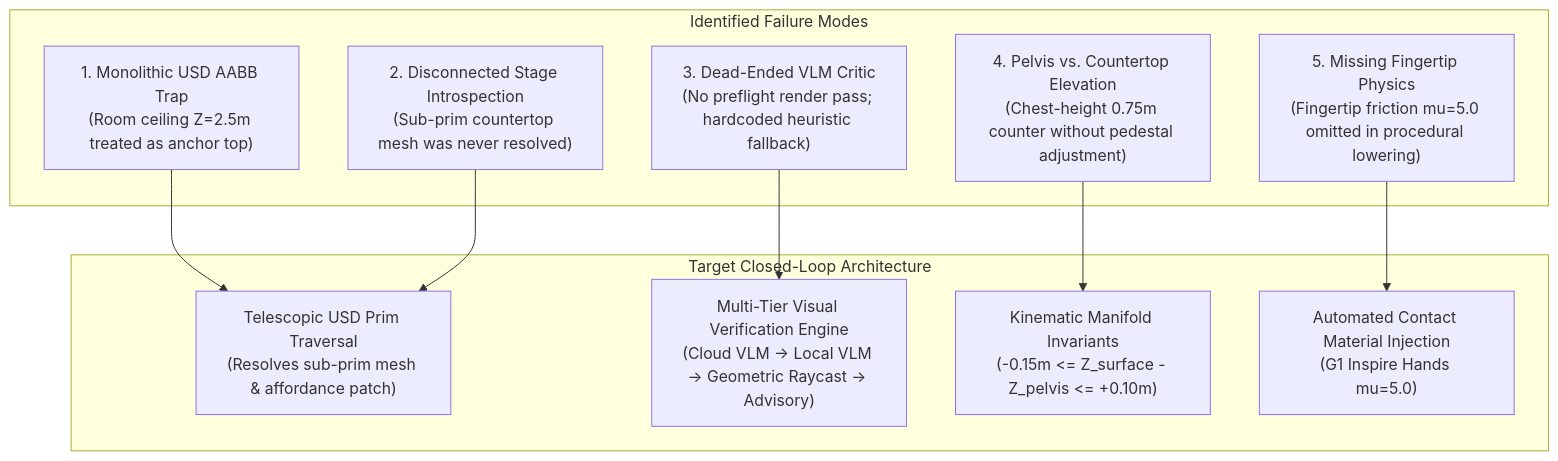
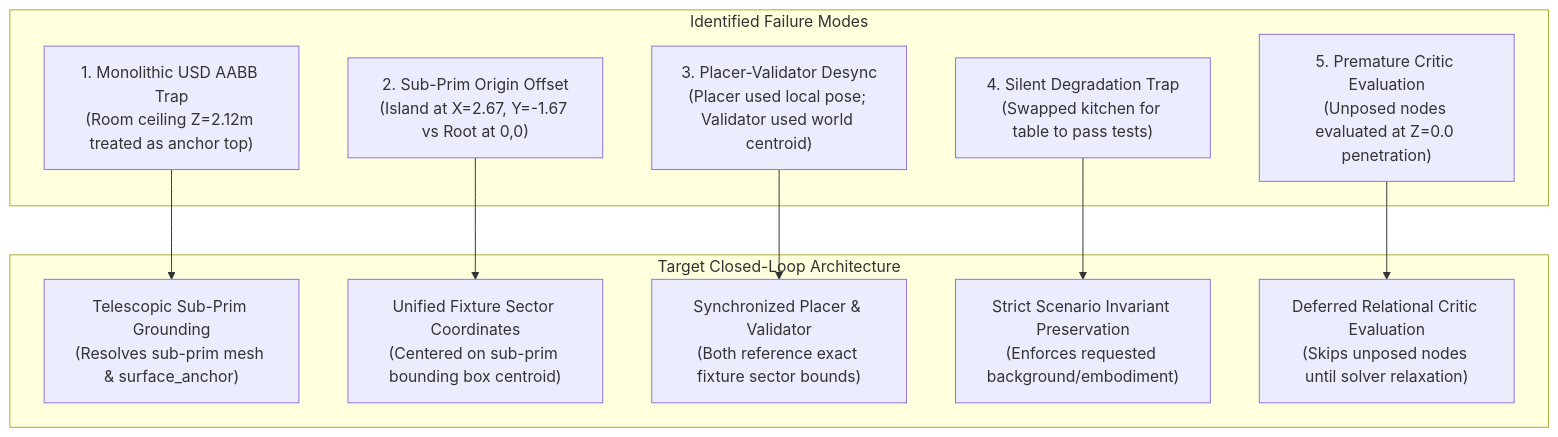
Before and after one commit to boredengineering/IsaacLab-Arena: the first of 3 diagrams in .agents/references/plans/closed_loop_usd_traversal_and_vlm_vision_verification_plan.md, drawn with Mermaid. The commit also changed other lines of this file and 14 other files, not shown here.

````diff
--- a/.agents/references/plans/closed_loop_usd_traversal_and_vlm_vision_verification_plan.md
+++ b/.agents/references/plans/closed_loop_usd_traversal_and_vlm_vision_verification_plan.md
@@ -11,22 +21,24 @@
 ```mermaid
 graph TD
     subgraph "Identified Failure Modes"
-        F1["1. Monolithic USD AABB Trap<br/>(Room ceiling Z=2.5m treated as anchor top)"]
-        F2["2. Disconnected Stage Introspection<br/>(Sub-prim countertop mesh was never resolved)"]
-        F3["3. Dead-Ended VLM Critic<br/>(No preflight render pass; hardcoded heuristic fallback)"]
-        F4["4. Pelvis vs. Countertop Elevation<br/>(Chest-height 0.75m counter without pedestal adjustment)"]
-        F5["5. Missing Fingertip Physics<br/>(Fingertip friction mu=5.0 omitted in procedural lowering)"]
+        F1["1. Monolithic USD AABB Trap<br/>(Room ceiling Z=2.12m treated as anchor top)"]
+        F2["2. Sub-Prim Origin Offset<br/>(Island at X=2.67, Y=-1.67 vs Root at 0,0)"]
+        F3["3. Placer-Validator Desync<br/>(Placer used local pose; Validator used world centroid)"]
+        F4["4. Silent Degradation Trap<br/>(Swapped kitchen for table to pass tests)"]
+        F5["5. Premature Critic Evaluation<br/>(Unposed nodes evaluated at Z=0.0 penetration)"]
     end
 
     subgraph "Target Closed-Loop Architecture"
-        S1["Telescopic USD Prim Traversal<br/>(Resolves sub-prim mesh & affordance patch)"]
-        S2["Multi-Tier Visual Verification Engine<br/>(Cloud VLM -> Local VLM -> Geometric Raycast -> Advisory)"]
-        S3["Kinematic Manifold Invariants<br/>(-0.15m <= Z_surface - Z_pelvis <= +0.10m)"]
-        S4["Automated Contact Material Injection<br/>(G1 Inspire Hands mu=5.0)"]
+        S1["Telescopic Sub-Prim Grounding<br/>(Resolves sub-prim mesh & surface_anchor)"]
+        S2["Unified Fixture Sector Coordinates<br/>(Centered on sub-prim bounding box centroid)"]
+        S3["Synchronized Placer & Validator<br/>(Both reference exact fixture sector bounds)"]
+        S4["Strict Scenario Invariant Preservation<br/>(Enforces requested background/embodiment)"]
+        S5["Deferred Relational Critic Evaluation<br/>(Skips unposed nodes until solver relaxation)"]
     end
 
-    F1 & F2 --> S1
-    F3 --> S2
-    F4 --> S3
-    F5 --> S4
+    F1 --> S1
+    F2 --> S2
+    F3 --> S3
+    F4 --> S4
+    F5 --> S5
 ```
````
